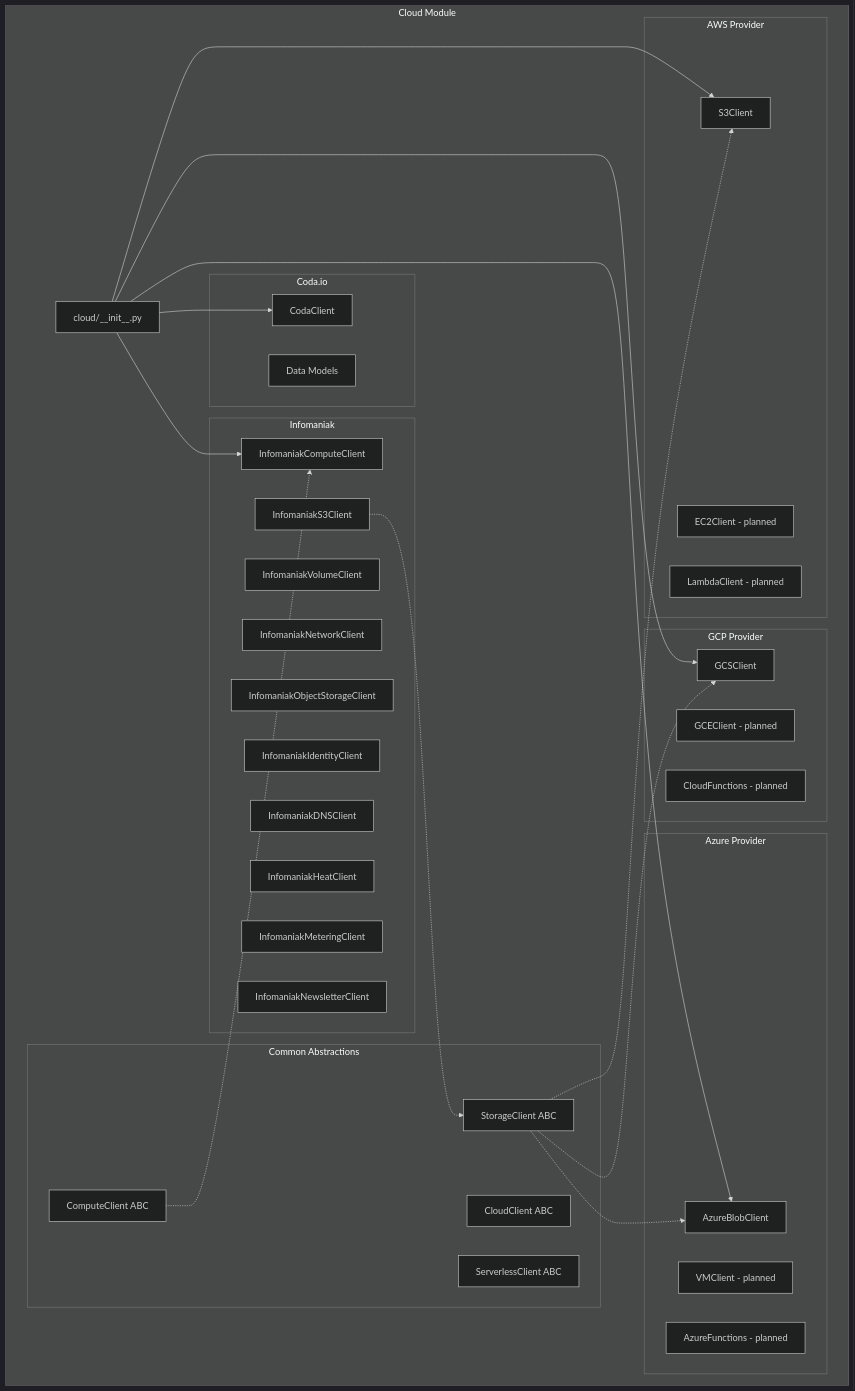
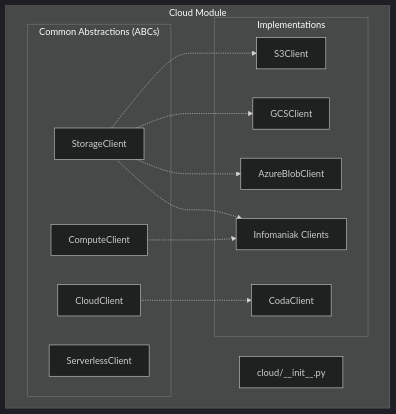
Before and after one commit to docxology/codomyrmex: the diagram in src/codomyrmex/cloud/README.md, drawn with Mermaid (dark theme). The commit also changed other lines of this file and 258 other files, not shown here.

````diff
--- a/src/codomyrmex/cloud/README.md
+++ b/src/codomyrmex/cloud/README.md
@@ -86,54 +39,25 @@
 ```mermaid
 graph TB
     subgraph "Cloud Module"
         Init[cloud/__init__.py]
         
-        subgraph "Common Abstractions"
-            ABC[CloudClient ABC]
-            Storage[StorageClient ABC]
-            Compute[ComputeClient ABC]
-            Serverless[ServerlessClient ABC]
+        subgraph "Common Abstractions (ABCs)"
+            ABC[CloudClient]
+            Storage[StorageClient]
+            Compute[ComputeClient]
+            Serverless[ServerlessClient]
         end
         
-        subgraph "AWS Provider"
-            S3[S3Client]
-            EC2[EC2Client - planned]
-            Lambda[LambdaClient - planned]
-        end
-        
-        subgraph "GCP Provider"
-            GCS[GCSClient]
-            GCE[GCEClient - planned]
-            Functions[CloudFunctions - planned]
-        end
-        
-        subgraph "Azure Provider"
-            Blob[AzureBlobClient]
-            VM[VMClient - planned]
-            AzFunc[AzureFunctions - planned]
-        end
-        
-        subgraph "Coda.io"
+        subgraph "Implementations"
+            AWS[S3Client]
+            GCP[GCSClient]
+            Azure[AzureBlobClient]
             Coda[CodaClient]
-            Models[Data Models]
-        end
-
-        subgraph "Infomaniak"
-            IKCompute[InfomaniakComputeClient]
-            IKVolume[InfomaniakVolumeClient]
-            IKNetwork[InfomaniakNetworkClient]
-            IKObjStore[InfomaniakObjectStorageClient]
-            IKS3[InfomaniakS3Client]
-            IKIdentity[InfomaniakIdentityClient]
-            IKDNS[InfomaniakDNSClient]
-            IKHeat[InfomaniakHeatClient]
-            IKMeter[InfomaniakMeteringClient]
-            IKNewsletter[InfomaniakNewsletterClient]
+            IK[Infomaniak Clients]
         end
     end
 
-    Init --> S3 & GCS & Blob & Coda & IKCompute
-    Storage -.-> S3 & GCS & Blob
-    Compute -.-> IKCompute
-    IKS3 -.-> Storage
+    Storage -.-> AWS & GCP & Azure & IK
+    Compute -.-> IK
+    ABC -.-> Coda
 ```
````
